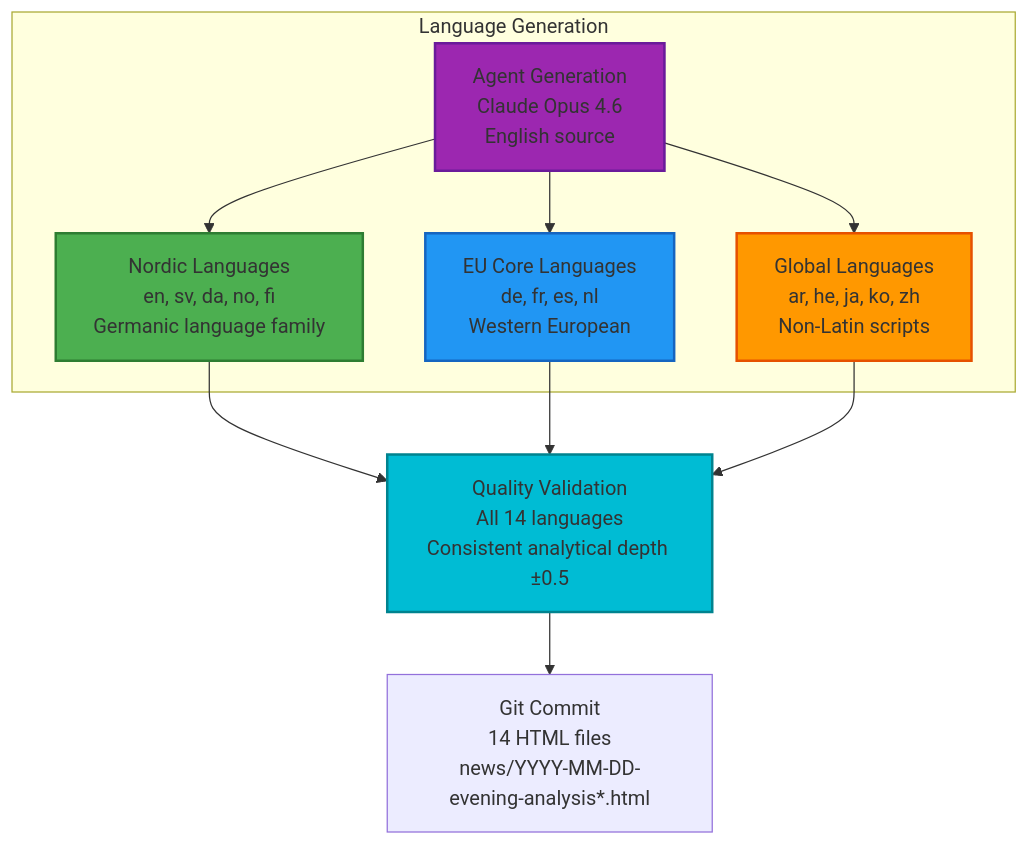
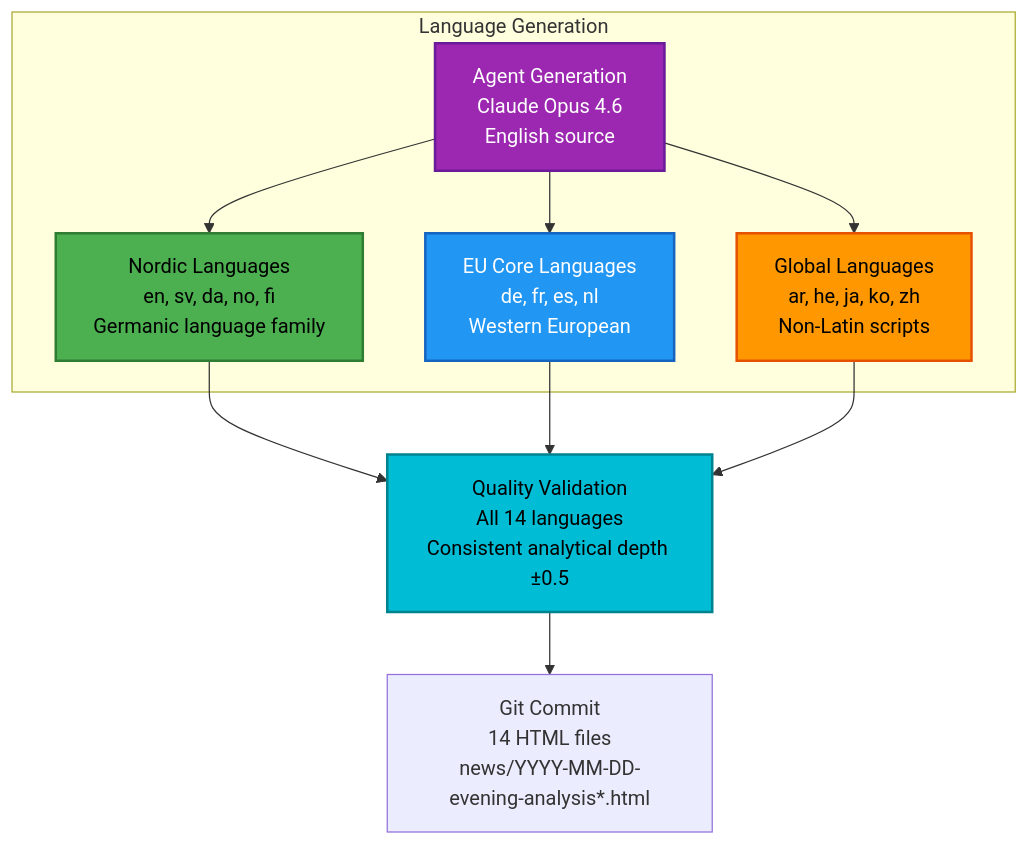
The tenth of 16 diagrams in ARCHITECTURE.md (Hack23/riksdagsmonitor), drawn with Mermaid before and after one commit. The commit also changed other lines of this file and 11 other files, not shown here.

First line of the commit message:
Fix broken mermaid diagrams: SWOT gantt, quadrantChart theming, init quotes, text colors

````diff
--- a/ARCHITECTURE.md
+++ b/ARCHITECTURE.md
@@ -919,26 +919,26 @@
 ```mermaid
 graph TB
     subgraph "Language Generation"
         Source[Agent Generation<br/>Claude Opus 4.6<br/>English source]
         
         Nordic[Nordic Languages<br/>en, sv, da, no, fi<br/>Germanic language family]
         EU[EU Core Languages<br/>de, fr, es, nl<br/>Western European]
         Global[Global Languages<br/>ar, he, ja, ko, zh<br/>Non-Latin scripts]
     end
     
     Source --> Nordic
     Source --> EU
     Source --> Global
     
     Nordic --> Validation[Quality Validation<br/>All 14 languages<br/>Consistent analytical depth ±0.5]
     EU --> Validation
     Global --> Validation
     
     Validation --> Commit[Git Commit<br/>14 HTML files<br/>news/YYYY-MM-DD-evening-analysis*.html]
     
-    style Source fill:#9c27b0,stroke:#6a1b9a,stroke-width:2px
-    style Nordic fill:#4caf50,stroke:#2e7d32,stroke-width:2px
-    style EU fill:#2196f3,stroke:#1565c0,stroke-width:2px
-    style Global fill:#ff9800,stroke:#e65100,stroke-width:2px
-    style Validation fill:#00bcd4,stroke:#00838f,stroke-width:2px
+    style Source fill:#9c27b0,stroke:#6a1b9a,stroke-width:2px,color:#ffffff
+    style Nordic fill:#4caf50,stroke:#2e7d32,stroke-width:2px,color:#000000
+    style EU fill:#2196f3,stroke:#1565c0,stroke-width:2px,color:#ffffff
+    style Global fill:#ff9800,stroke:#e65100,stroke-width:2px,color:#000000
+    style Validation fill:#00bcd4,stroke:#00838f,stroke-width:2px,color:#000000
 ```
````
